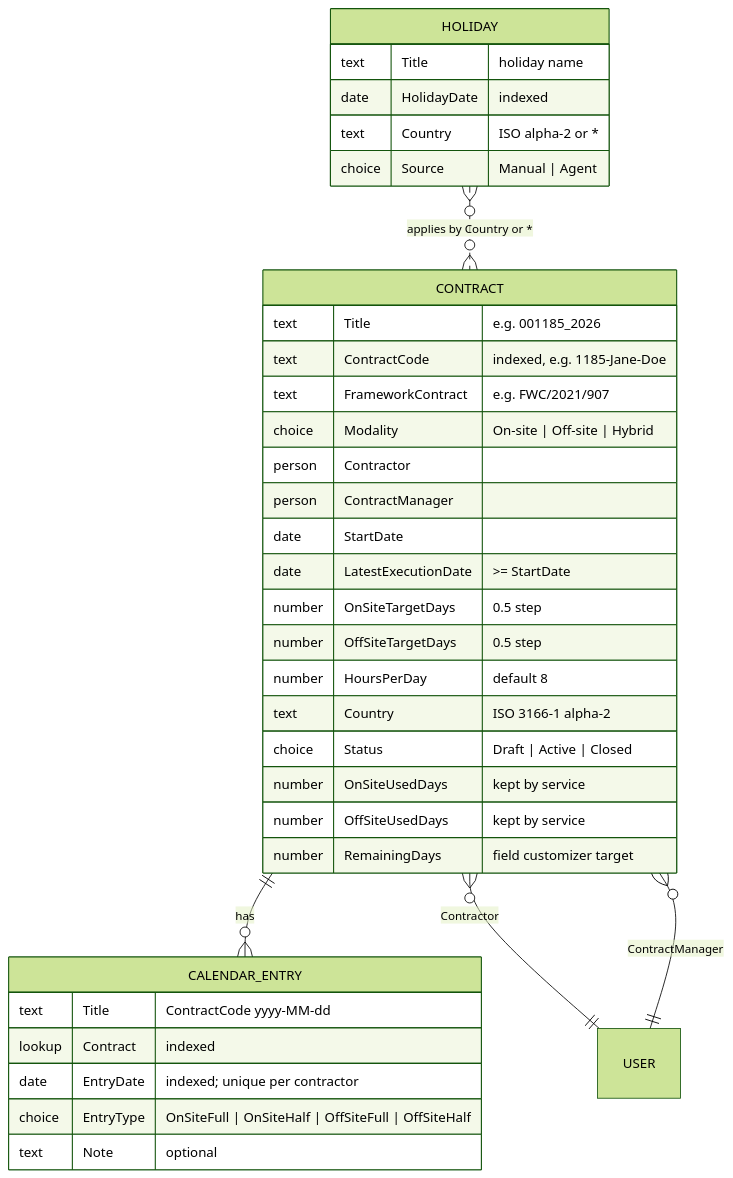
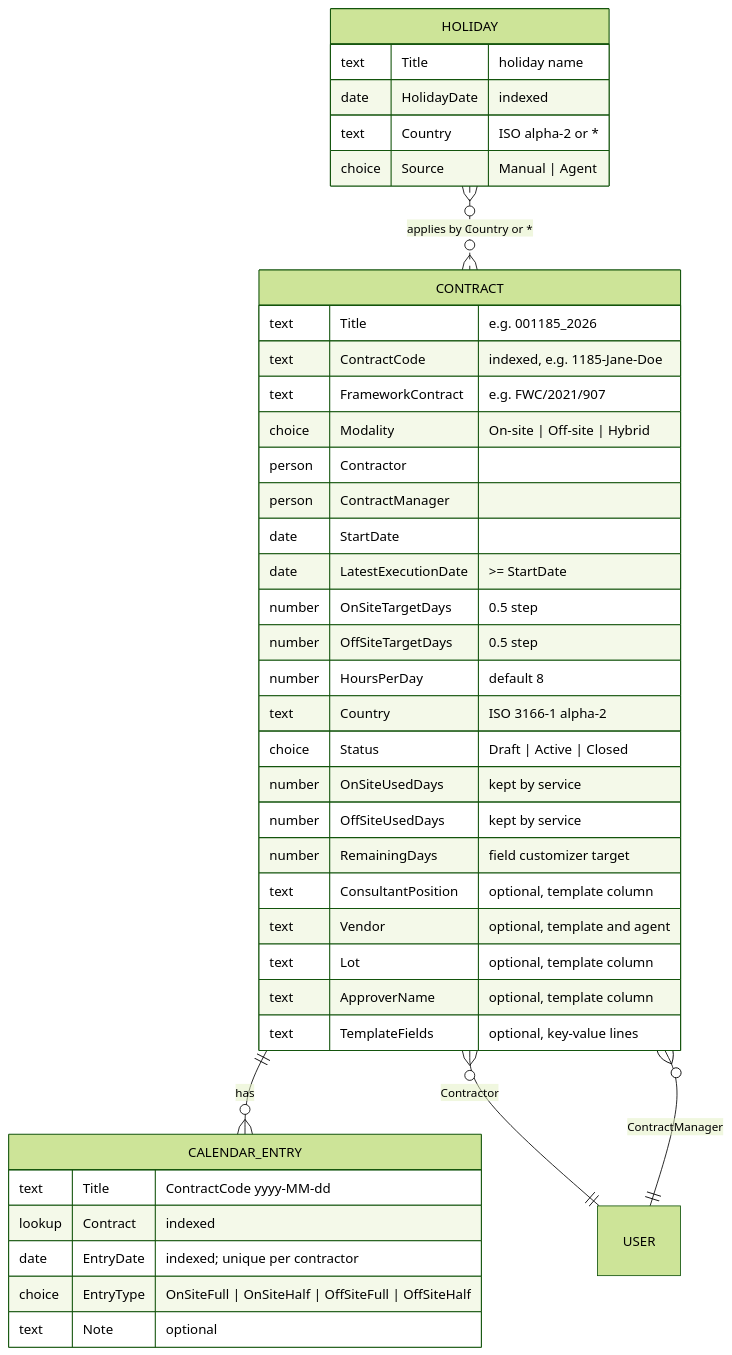
The first of 2 diagrams in architecture/03-phase-c-data-architecture.md (Sartor87/orpheus-systems-sharepoint), drawn with Mermaid (forest theme) before and after one commit. The commit also changed other lines of this file and 7 other files, not shown here.

First line of the commit message:
docs(architecture): phase documents cover the HTML template and the agent

````diff
--- a/architecture/03-phase-c-data-architecture.md
+++ b/architecture/03-phase-c-data-architecture.md
@@ -8,39 +8,44 @@
 ```mermaid
 erDiagram
   CONTRACT ||--o{ CALENDAR_ENTRY : "has"
   CONTRACT }o--|| USER : "Contractor"
   CONTRACT }o--|| USER : "ContractManager"
   HOLIDAY }o..o{ CONTRACT : "applies by Country or *"
 
   CONTRACT {
     text Title "e.g. 001185_2026"
     text ContractCode "indexed, e.g. 1185-Jane-Doe"
     text FrameworkContract "e.g. FWC/2021/907"
     choice Modality "On-site | Off-site | Hybrid"
     person Contractor
     person ContractManager
     date StartDate
     date LatestExecutionDate ">= StartDate"
     number OnSiteTargetDays "0.5 step"
     number OffSiteTargetDays "0.5 step"
     number HoursPerDay "default 8"
     text Country "ISO 3166-1 alpha-2"
     choice Status "Draft | Active | Closed"
     number OnSiteUsedDays "kept by service"
     number OffSiteUsedDays "kept by service"
     number RemainingDays "field customizer target"
+    text ConsultantPosition "optional, template column"
+    text Vendor "optional, template and agent"
+    text Lot "optional, template column"
+    text ApproverName "optional, template column"
+    text TemplateFields "optional, key-value lines"
   }
   CALENDAR_ENTRY {
     text Title "ContractCode yyyy-MM-dd"
     lookup Contract "indexed"
     date EntryDate "indexed; unique per contractor"
     choice EntryType "OnSiteFull | OnSiteHalf | OffSiteFull | OffSiteHalf"
     text Note "optional"
   }
   HOLIDAY {
     text Title "holiday name"
     date HolidayDate "indexed"
     text Country "ISO alpha-2 or *"
     choice Source "Manual | Agent"
   }
 ```
````
